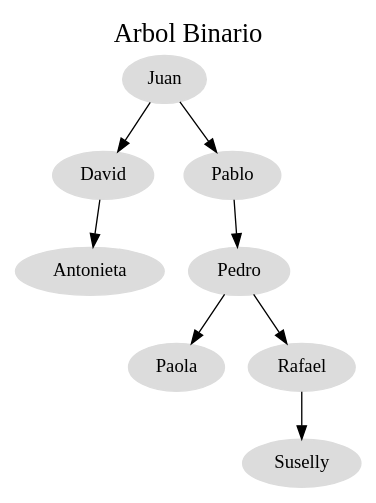
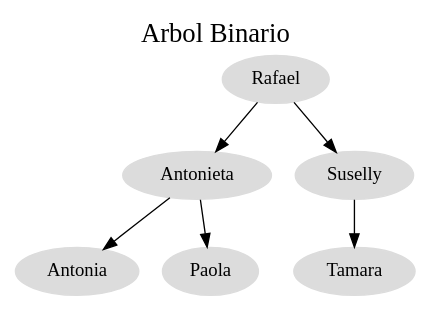
Before and after one commit to JoseMorente98/EDD-Proyecto-1: the diagram in EDD_1S2020_PY1_201801237/ArbolBinarioBusqueda.dot, drawn with Graphviz. The commit also changed 39 other files, not shown here.

```diff
--- a/EDD_1S2020_PY1_201801237/ArbolBinarioBusqueda.dot
+++ b/EDD_1S2020_PY1_201801237/ArbolBinarioBusqueda.dot
@@ -1,20 +1,16 @@
 digraph ArbolBinario {
 	rankdir=TB;
 	node[shape = ellipse, fontcolor = black, style = filled, color = gainsboro];
 	graph[label = "Arbol Binario", labelloc = t, fontsize = 20];
-	Object1[ label ="Juan"];
-	Object4[ label ="David"];
-	Object6 [ label ="Antonieta"];
-Object4->Object6
-Object1->Object4
-	Object2[ label ="Pablo"];
-	Object3[ label ="Pedro"];
-	Object8 [ label ="Paola"];
-Object3->Object8
-	Object5[ label ="Rafael"];
-	Object7 [ label ="Suselly"];
-Object5->Object7
-Object3->Object5
-Object2->Object3
+	Object1[ label ="Rafael"];
+	Object2[ label ="Antonieta"];
+	Object4 [ label ="Antonia"];
+Object2->Object4
+	Object5 [ label ="Paola"];
+Object2->Object5
 Object1->Object2
+	Object3[ label ="Suselly"];
+	Object6 [ label ="Tamara"];
+Object3->Object6
+Object1->Object3
 }
```
